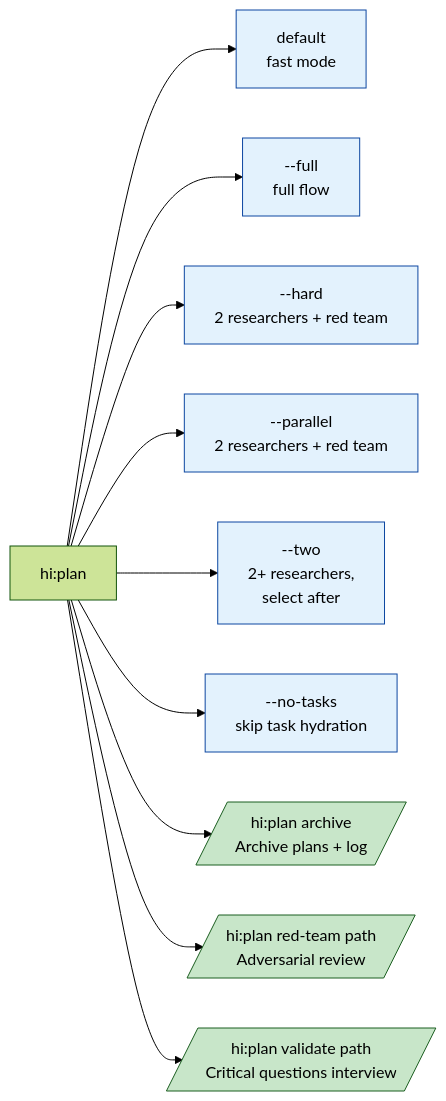
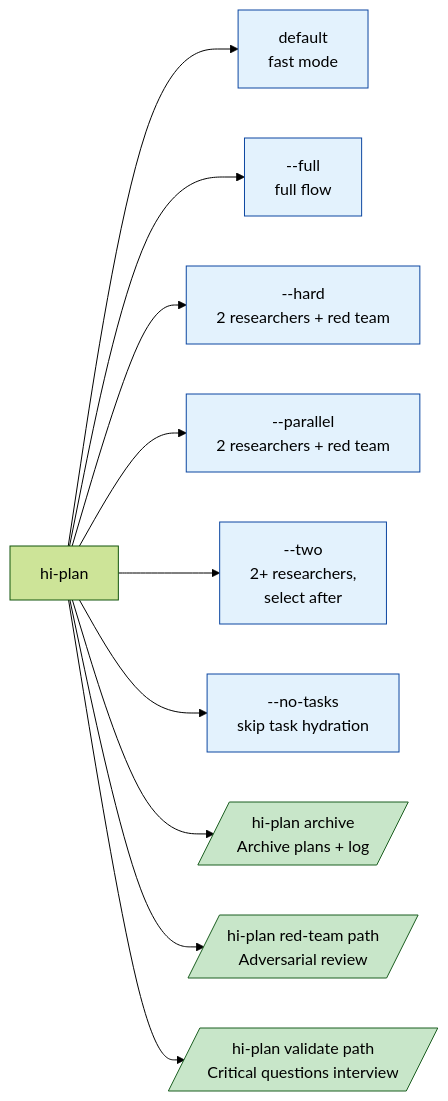
Before and after one commit to baka3k/dev-kit: the sixth of 7 diagrams in README.md, drawn with Mermaid (forest theme). The commit also changed other lines of this file and 26 other files, not shown here.

````diff
--- a/README.md
+++ b/README.md
@@ -443,18 +443,18 @@
 ```mermaid
 graph LR
-    Main[hi:plan] --> Default[default<br/>fast mode]
+    Main[hi-plan] --> Default[default<br/>fast mode]
     Main --> Full[--full<br/>full flow]
     Main --> Hard[--hard<br/>2 researchers + red team]
     Main --> Parallel[--parallel<br/>2 researchers + red team]
     Main --> Two[--two<br/>2+ researchers,<br/>select after]
     Main --> NoTasks[--no-tasks<br/>skip task hydration]
-    Main --> Archive[/hi:plan archive<br/>Archive plans + log/]
-    Main --> RedTeam[/hi:plan red-team path<br/>Adversarial review/]
-    Main --> Validate[/hi:plan validate path<br/>Critical questions interview/]
+    Main --> Archive[/hi-plan archive<br/>Archive plans + log/]
+    Main --> RedTeam[/hi-plan red-team path<br/>Adversarial review/]
+    Main --> Validate[/hi-plan validate path<br/>Critical questions interview/]
 
     classDef mode fill:#e3f2fd,stroke:#0d47a1,color:#000
     classDef sub fill:#c8e6c9,stroke:#1b5e20,color:#000
     class Default,Full,Hard,Parallel,Two,NoTasks mode
     class Archive,RedTeam,Validate sub
 
 ```
````
